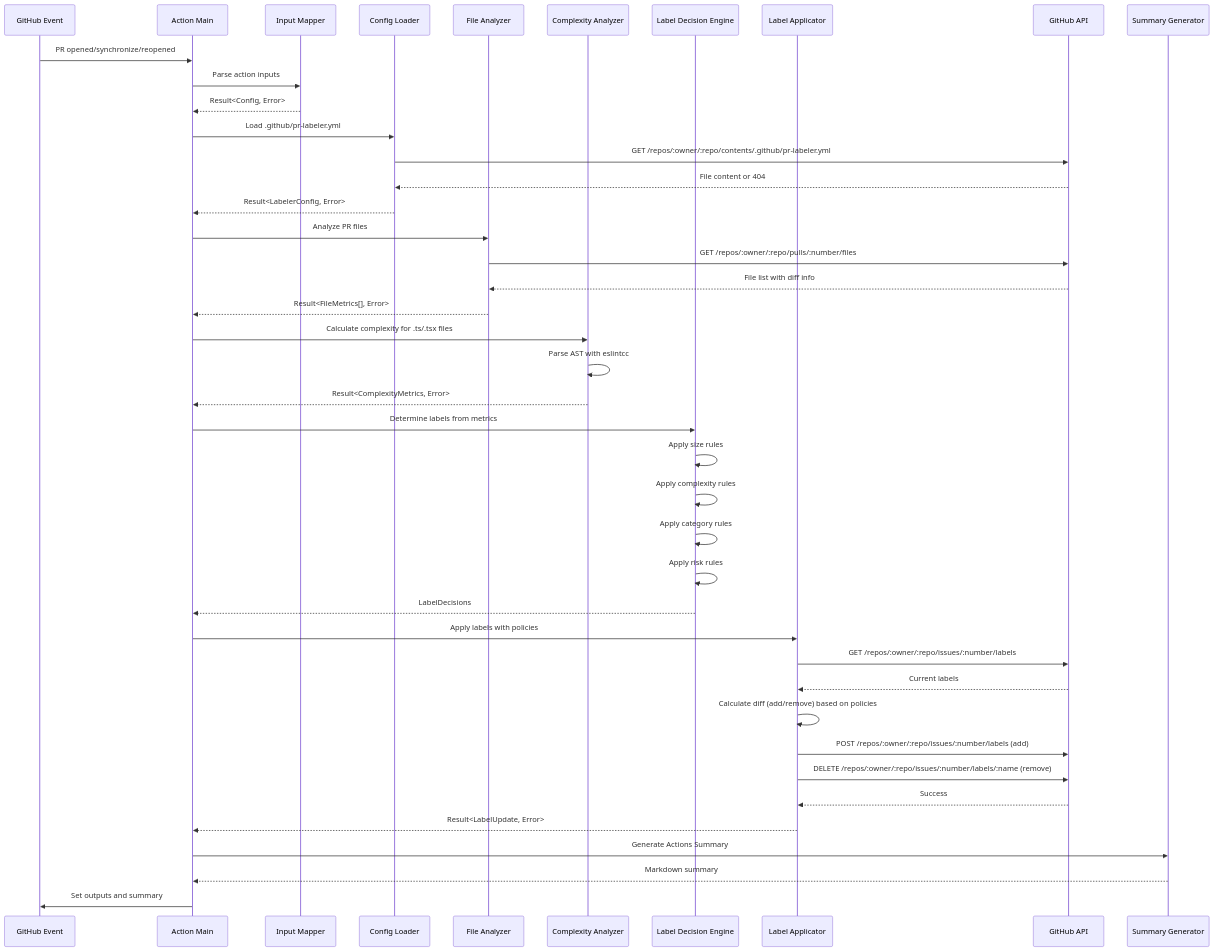
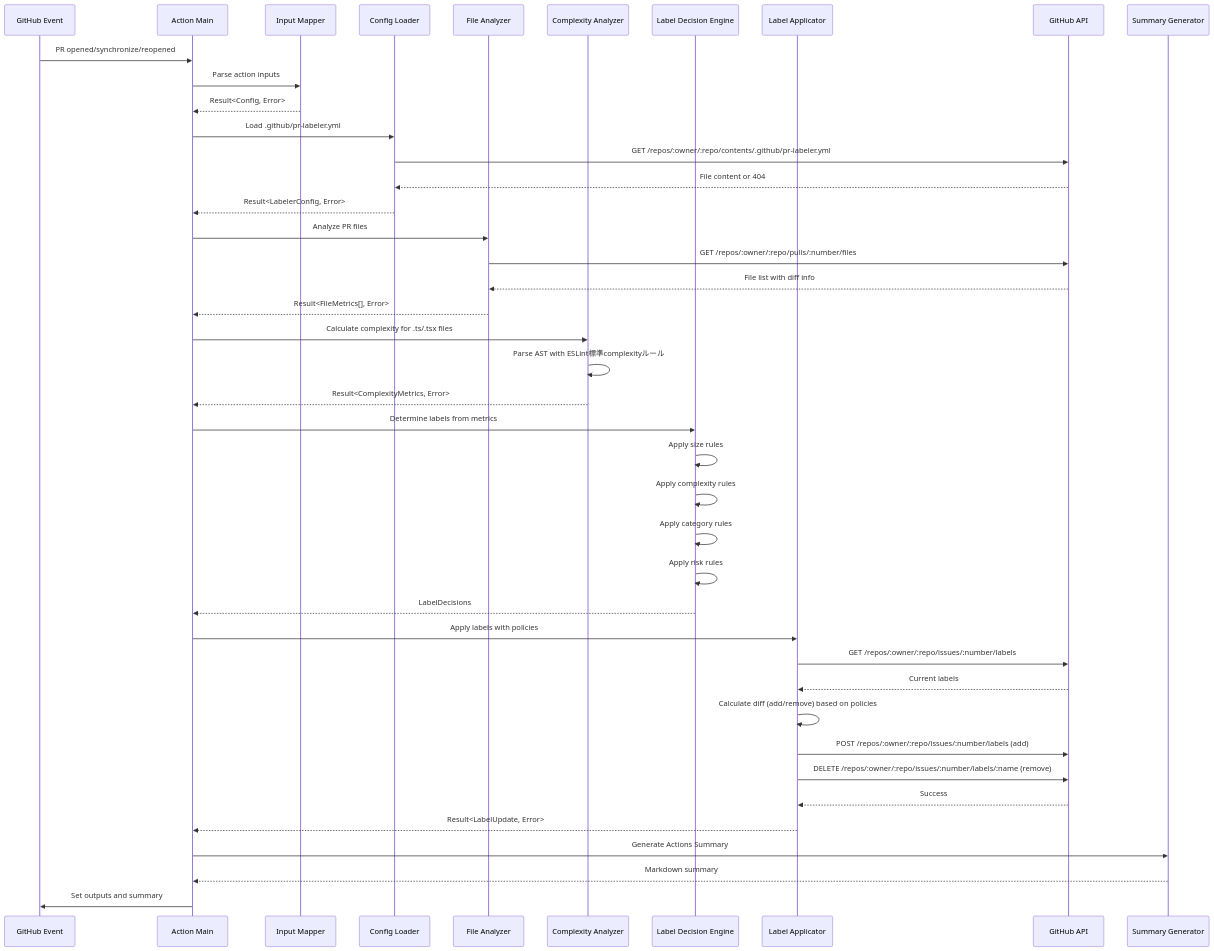
The second of 5 diagrams in .kiro/specs/pr-labeler/design.md (jey3dayo/pr-labeler), drawn with Mermaid before and after one commit. The commit also changed other lines of this file and 56 other files, not shown here.

````diff
--- a/.kiro/specs/pr-labeler/design.md
+++ b/.kiro/specs/pr-labeler/design.md
@@ -256,51 +256,51 @@
 ```mermaid
 sequenceDiagram
     participant GH as GitHub Event
     participant AM as Action Main
     participant IM as Input Mapper
     participant CL as Config Loader
     participant FA as File Analyzer
     participant CA as Complexity Analyzer
     participant LD as Label Decision Engine
     participant LA as Label Applicator
     participant API as GitHub API
     participant SG as Summary Generator
 
     GH->>AM: PR opened/synchronize/reopened
     AM->>IM: Parse action inputs
     IM-->>AM: Result<Config, Error>
 
     AM->>CL: Load .github/pr-labeler.yml
     CL->>API: GET /repos/:owner/:repo/contents/.github/pr-labeler.yml
     API-->>CL: File content or 404
     CL-->>AM: Result<LabelerConfig, Error>
 
     AM->>FA: Analyze PR files
     FA->>API: GET /repos/:owner/:repo/pulls/:number/files
     API-->>FA: File list with diff info
     FA-->>AM: Result<FileMetrics[], Error>
 
     AM->>CA: Calculate complexity for .ts/.tsx files
-    CA->>CA: Parse AST with eslintcc
+    CA->>CA: Parse AST with ESLint標準complexityルール
     CA-->>AM: Result<ComplexityMetrics, Error>
 
     AM->>LD: Determine labels from metrics
     LD->>LD: Apply size rules
     LD->>LD: Apply complexity rules
     LD->>LD: Apply category rules
     LD->>LD: Apply risk rules
     LD-->>AM: LabelDecisions
 
     AM->>LA: Apply labels with policies
     LA->>API: GET /repos/:owner/:repo/issues/:number/labels
     API-->>LA: Current labels
     LA->>LA: Calculate diff (add/remove) based on policies
     LA->>API: POST /repos/:owner/:repo/issues/:number/labels (add)
     LA->>API: DELETE /repos/:owner/:repo/issues/:number/labels/:name (remove)
     API-->>LA: Success
     LA-->>AM: Result<LabelUpdate, Error>
 
     AM->>SG: Generate Actions Summary
     SG-->>AM: Markdown summary
     AM->>GH: Set outputs and summary
 ```
````
